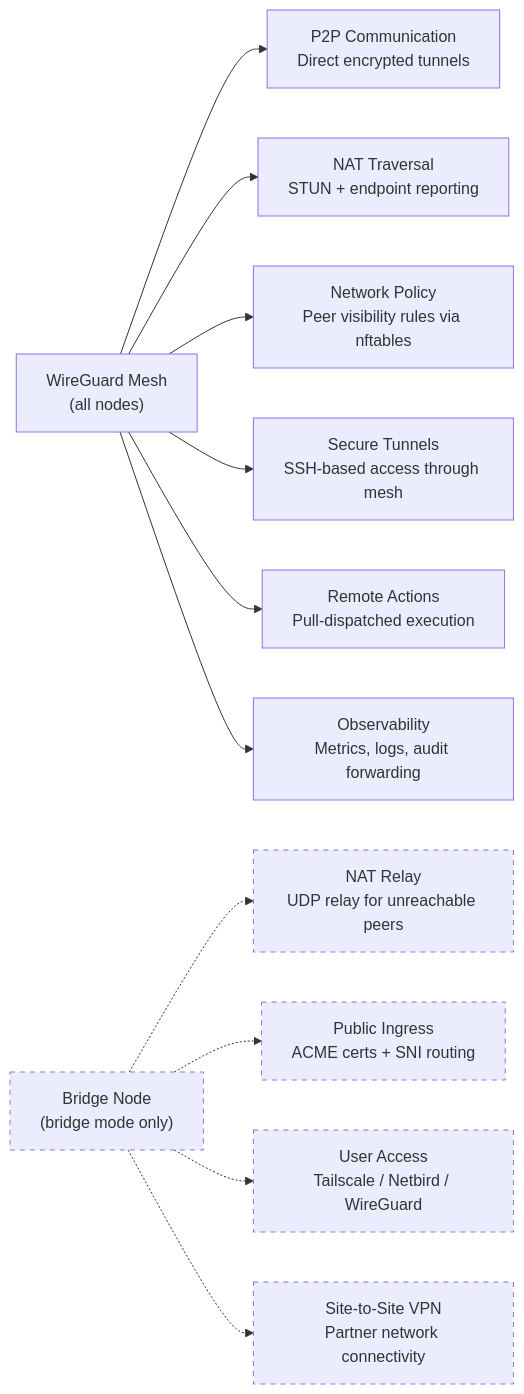
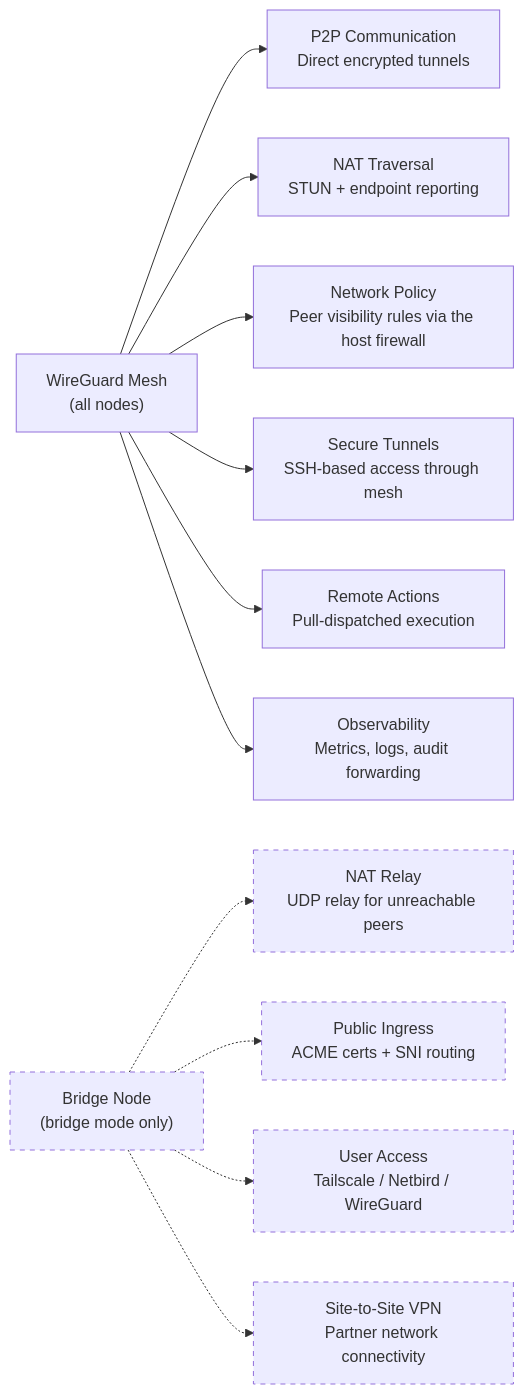
One commit to plexsphere/plexd changed the fourth of 4 diagrams in docs/guide/platform-communication.md. Above: the diagram before and after it, drawn with Mermaid. The commit also changed other lines of this file and 11 other files, not shown here.

````diff
--- a/docs/guide/platform-communication.md
+++ b/docs/guide/platform-communication.md
@@ -166,24 +166,24 @@
 ```mermaid
 flowchart LR
     MESH["WireGuard Mesh<br/>(all nodes)"]
 
     MESH --> C1["P2P Communication<br/>Direct encrypted tunnels"]
     MESH --> C2["NAT Traversal<br/>STUN + endpoint reporting"]
-    MESH --> C3["Network Policy<br/>Peer visibility rules via nftables"]
+    MESH --> C3["Network Policy<br/>Peer visibility rules via the host firewall"]
     MESH --> C4["Secure Tunnels<br/>SSH-based access through mesh"]
     MESH --> C5["Remote Actions<br/>Pull-dispatched execution"]
     MESH --> C6["Observability<br/>Metrics, logs, audit forwarding"]
 
     BR["Bridge Node<br/>(bridge mode only)"]
 
     BR -.-> B1["NAT Relay<br/>UDP relay for unreachable peers"]
     BR -.-> B2["Public Ingress<br/>ACME certs + SNI routing"]
     BR -.-> B3["User Access<br/>Tailscale / Netbird / WireGuard"]
     BR -.-> B4["Site-to-Site VPN<br/>Partner network connectivity"]
 
     style BR stroke-dasharray: 5 5
     style B1 stroke-dasharray: 5 5
     style B2 stroke-dasharray: 5 5
     style B3 stroke-dasharray: 5 5
     style B4 stroke-dasharray: 5 5
 ```
````
